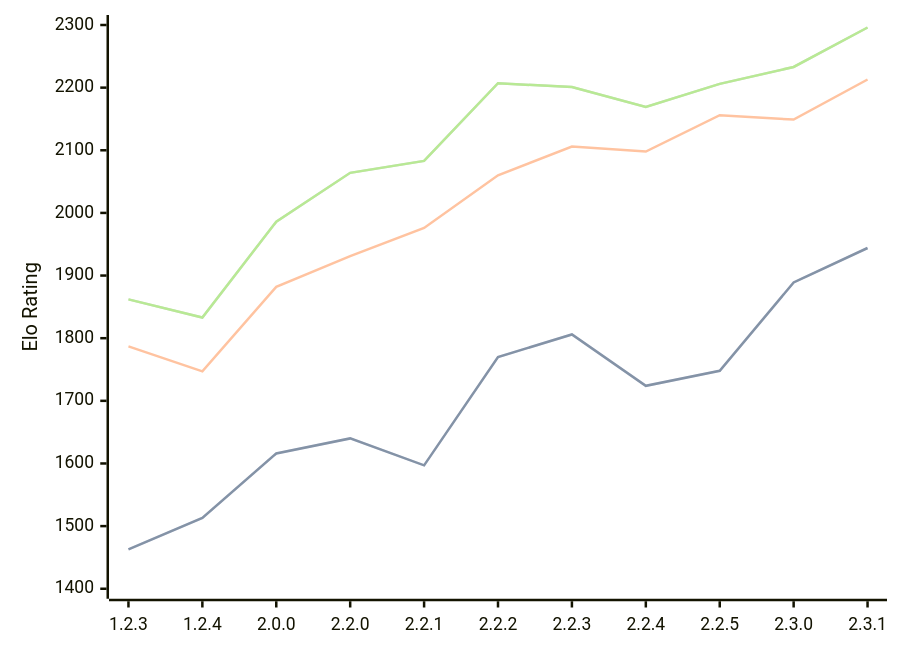
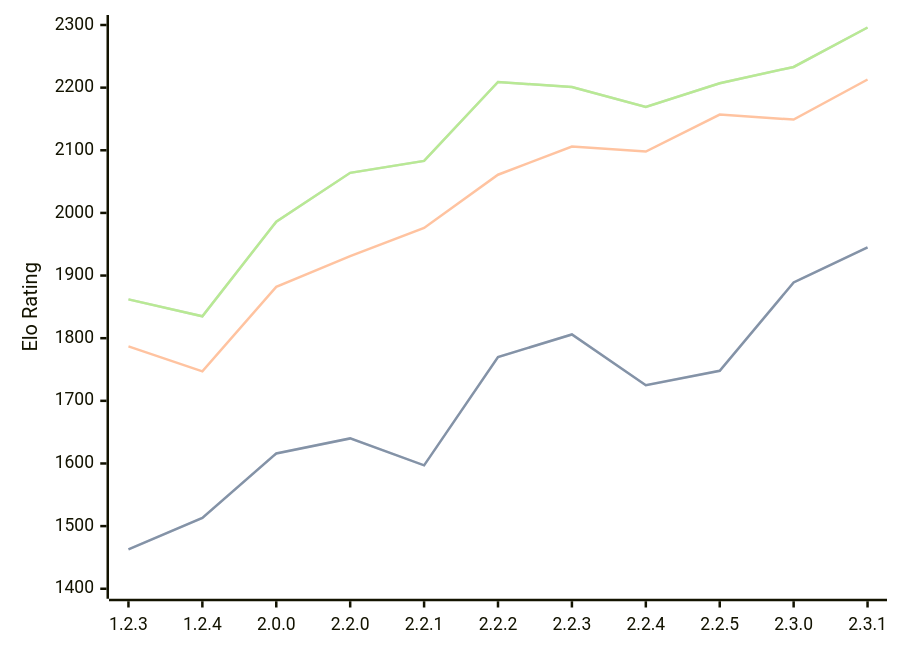
The third of 3 diagrams in engines/Kreveta.md (computer-chess-index/cci), drawn with Mermaid before and after one commit. The commit also changed other lines of this file, not shown here.

Commit message:
Update CCI Ratings (ELO VLTC) - 2026-07-14

````diff
--- a/engines/Kreveta.md
+++ b/engines/Kreveta.md
@@ -76,11 +76,11 @@
 ```mermaid
 %%{init: {"theme":"base","themeVariables":{"seriesColors:['#a3a3a3','#222221','#faa371']}}}%%
 xychart-beta
   x-axis ["1.2.3", "1.2.4", "2.0.0", "2.2.0", "2.2.1", "2.2.2", "2.2.3", "2.2.4", "2.2.5", "2.3.0", "2.3.1"]
   y-axis "Elo Rating" 1400 --> 2300
-  line "STC (8.0+0.08s)" [1463, 1513, 1616, 1640, 1597, 1770, 1806, 1724, 1748, 1889, 1944]
-  line "STC (8.0+0.08s)" [1463, 1513, 1616, 1640, 1597, 1770, 1806, 1724, 1748, 1889, 1944]
-  line "LTC (60.0+0.60s)" [1787, 1747, 1882, 1931, 1976, 2060, 2106, 2098, 2156, 2149, 2213]
-  line "VLTC (2m24s+1.12s)" [1862, 1833, 1986, 2064, 2083, 2207, 2201, 2169, 2206, 2233, 2296]
-  line "VLTC (2m24s+1.12s)" [1862, 1833, 1986, 2064, 2083, 2207, 2201, 2169, 2206, 2233, 2296]
+  line "STC (8.0+0.08s)" [1463, 1513, 1616, 1640, 1597, 1770, 1806, 1725, 1748, 1889, 1945]
+  line "STC (8.0+0.08s)" [1463, 1513, 1616, 1640, 1597, 1770, 1806, 1725, 1748, 1889, 1945]
+  line "LTC (60.0+0.60s)" [1787, 1747, 1882, 1931, 1976, 2061, 2106, 2098, 2157, 2149, 2213]
+  line "VLTC (2m24s+1.12s)" [1862, 1835, 1986, 2064, 2083, 2209, 2201, 2169, 2207, 2233, 2296]
+  line "VLTC (2m24s+1.12s)" [1862, 1835, 1986, 2064, 2083, 2209, 2201, 2169, 2207, 2233, 2296]
 ```
````
